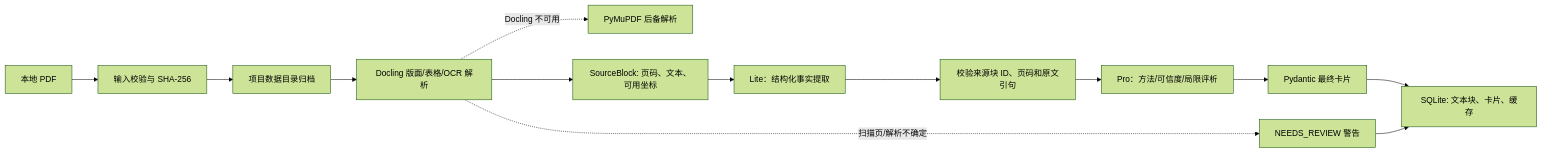
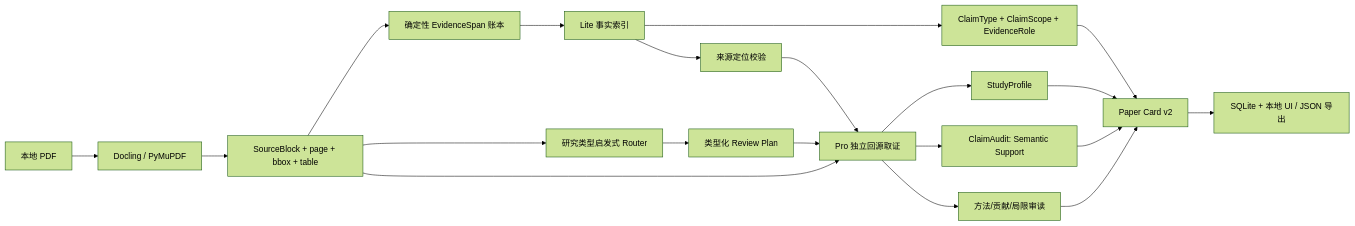
The first of 2 diagrams in README.md (daseinzc-509/social-science-research-ide), drawn with Mermaid (forest theme) before and after one commit. The commit also changed other lines of this file and 6 other files, not shown here.

````diff
--- a/README.md
+++ b/README.md
@@ -57,15 +60,25 @@
 ```mermaid
 flowchart LR
-    A[本地 PDF] --> B[输入校验与 SHA-256]
-    B --> C[项目数据目录归档]
-    C --> D[Docling 版面/表格/OCR 解析]
-    D -. Docling 不可用 .-> D2[PyMuPDF 后备解析]
-    D --> E[SourceBlock: 页码、文本、可用坐标]
-    E --> F[Lite：结构化事实提取]
-    F --> G[校验来源块 ID、页码和原文引句]
-    G --> H[Pro：方法/可信度/局限评析]
-    H --> I[Pydantic 最终卡片]
-    I --> J[SQLite: 文本块、卡片、缓存]
-    D -. 扫描页/解析不确定 .-> K[NEEDS_REVIEW 警告]
-    K --> J
+    A[本地 PDF] --> B[Docling / PyMuPDF]
+    B --> C[SourceBlock + page + bbox + table]
+    C --> D[确定性 EvidenceSpan 账本]
+    D --> E[Lite 事实索引]
+    E --> E1[ClaimType + ClaimScope + EvidenceRole]
+    E --> F[来源定位校验]
+
+    C --> G[研究类型启发式 Router]
+    G --> H[类型化 Review Plan]
+    C --> I[Pro 独立回源取证]
+    F --> I
+    H --> I
+
+    I --> J[StudyProfile]
+    I --> K[ClaimAudit: Semantic Support]
+    I --> L[方法/贡献/局限审读]
+
+    J --> M[Paper Card v2]
+    K --> M
+    L --> M
+    E1 --> M
+    M --> N[SQLite + 本地 UI / JSON 导出]
 ```
````
